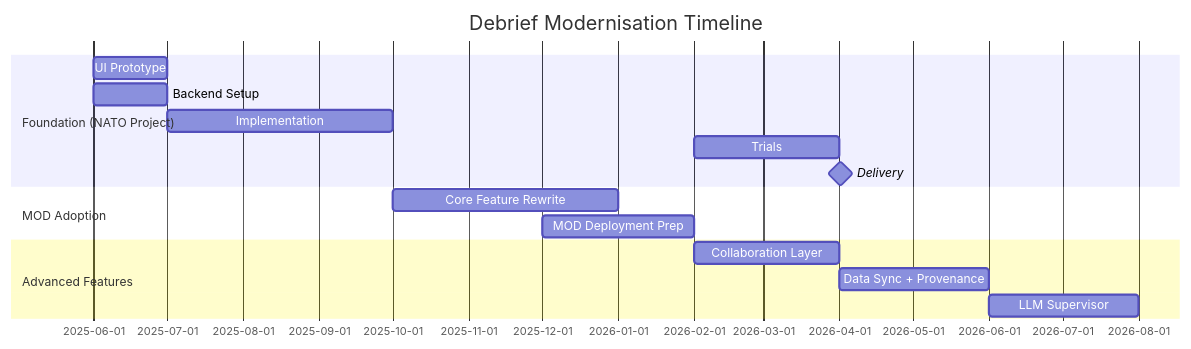
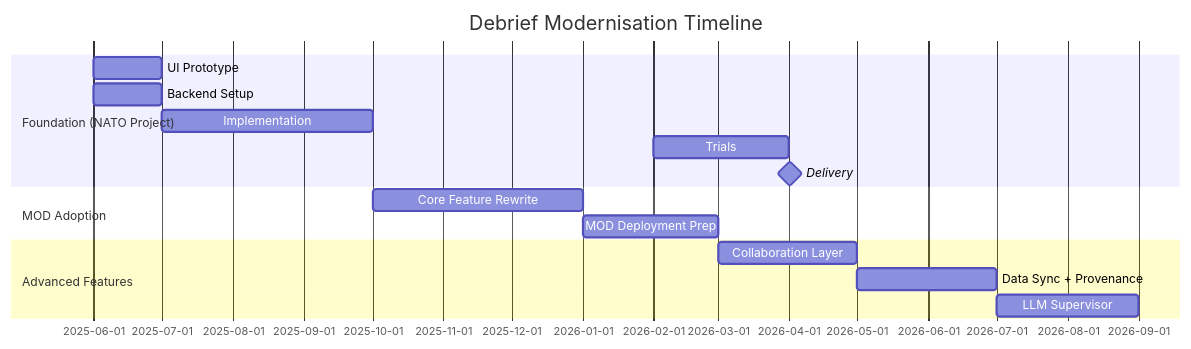
The diagram in future/value-proposition.md (debrief/debrief.github.io), drawn with Mermaid before and after one commit.

Commit message:
more date fixes

````diff
--- a/future/value-proposition.md
+++ b/future/value-proposition.md
@@ -61,18 +61,18 @@
 ``` mermaid
 gantt
   title Debrief Modernisation Timeline
   dateFormat  YYYY-MM
   section Foundation (NATO Project)
   UI Prototype        :    des1, 2025-06, 1M
   Backend Setup       :    des2, 2025-06, 1M
   Implementation       :    des3, 2025-07, 3M
   Trials       :    des4, 2026-02, 2M
   Delivery: milestone, m1, 2026-04, 1d
   section MOD Adoption
   Core Feature Rewrite:  feat1, 2025-10, 3M
-  MOD Deployment Prep :         feat2, 2025-12, 2M
+  MOD Deployment Prep :         feat2, 2026-01, 2M
   section Advanced Features
-  Collaboration Layer :         adv1,  2026-02, 2M
-  Data Sync + Provenance:       adv2,  2026-04, 2M
-  LLM Supervisor: llm1, 2026-06, 2M
+  Collaboration Layer :         adv1,  2026-03, 2M
+  Data Sync + Provenance:       adv2,  2026-05, 2M
+  LLM Supervisor: llm1, 2026-07, 2M
 ```
````
